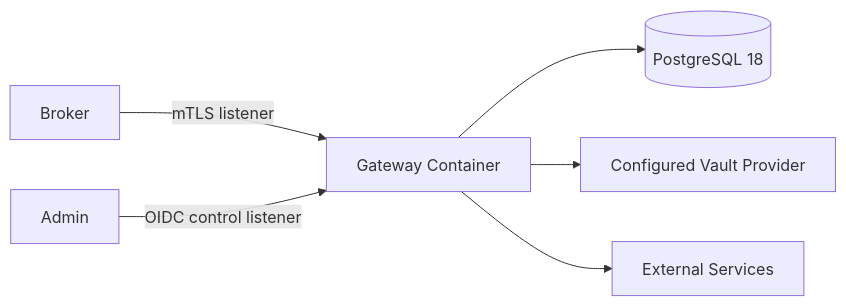
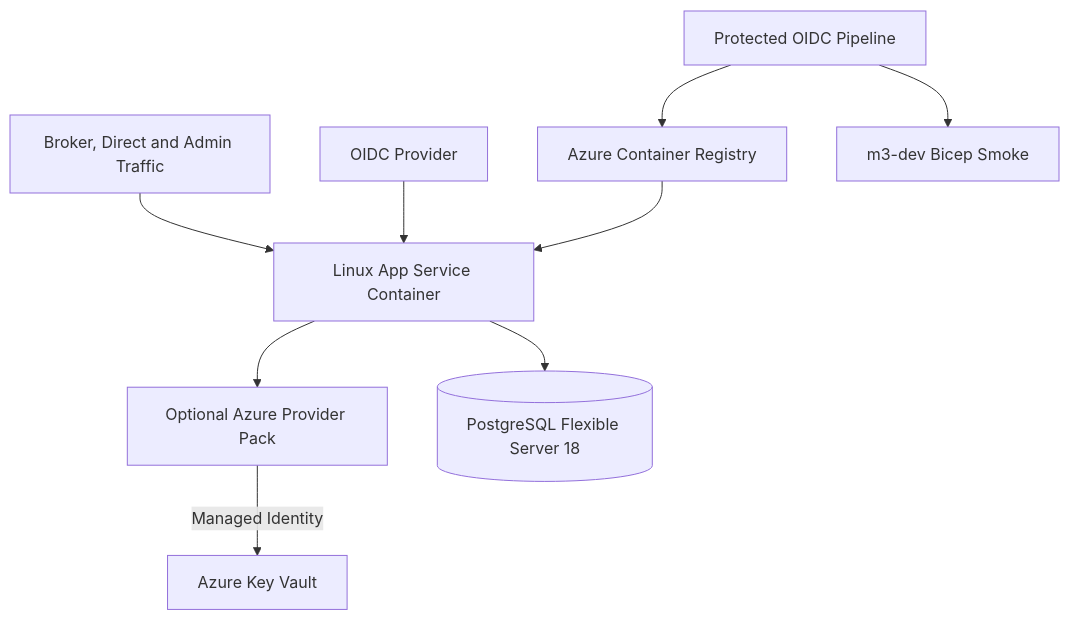
Before and after one commit to marcobiz/secure-integration-platform: the sixth of 6 diagrams in docs/architecture/component-diagrams.md, drawn with Mermaid. The commit also changed other lines of this file and 17 other files, not shown here.

Commit message:
docs(alpha): reconcile architecture security and deployment truth

````diff
--- a/docs/architecture/component-diagrams.md
+++ b/docs/architecture/component-diagrams.md
@@ -108,8 +152,11 @@
 ```mermaid
-flowchart LR
-  Broker -->|mTLS listener| Gateway[Gateway Container]
-  Admin -->|OIDC control listener| Gateway
-  Gateway --> PG[(PostgreSQL 18)]
-  Gateway --> Vault[Configured Vault Provider]
-  Gateway --> External[External Services]
+flowchart TB
+  Traffic[Broker, Direct and Admin Traffic] --> App[Linux App Service Container]
+  OIDC[OIDC Provider] --> App
+  App --> AzurePack[Optional Azure Provider Pack]
+  AzurePack -->|Managed Identity| KV[Azure Key Vault]
+  App --> PG[(PostgreSQL Flexible Server 18)]
+  ACR[Azure Container Registry] --> App
+  Pipeline[Protected OIDC Pipeline] --> ACR
+  Pipeline --> Bicep[m3-dev Bicep Smoke]
 ```
````
